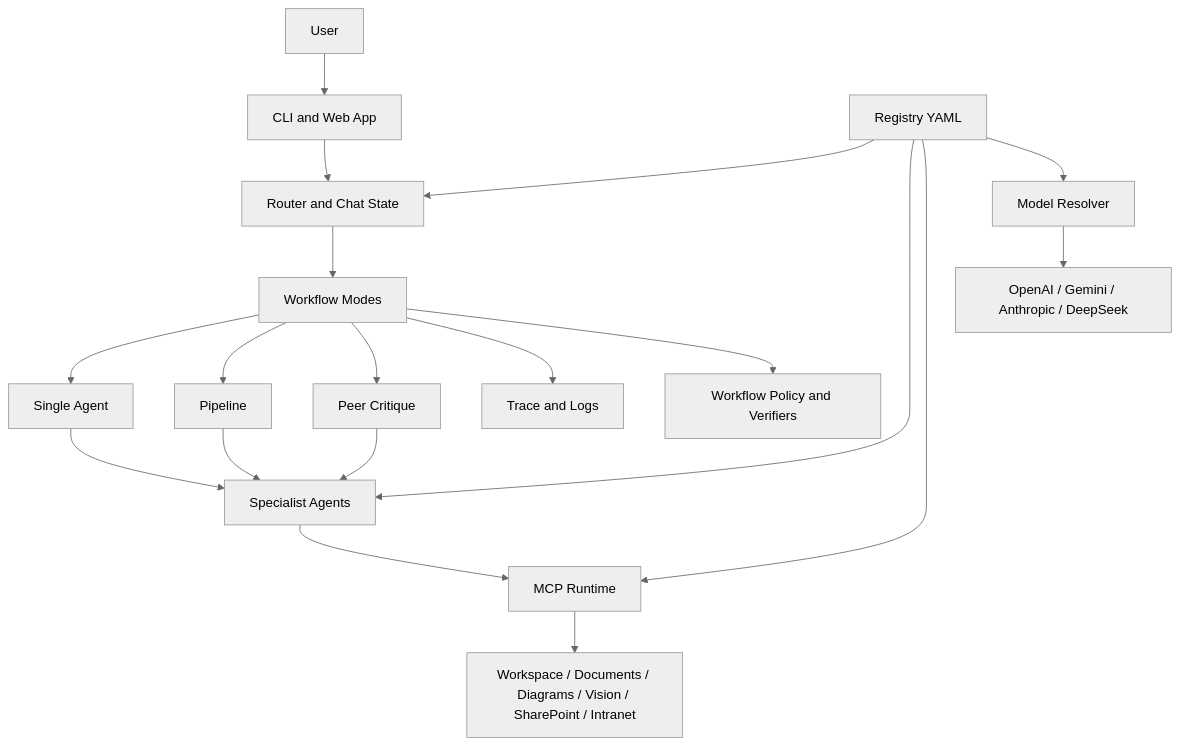
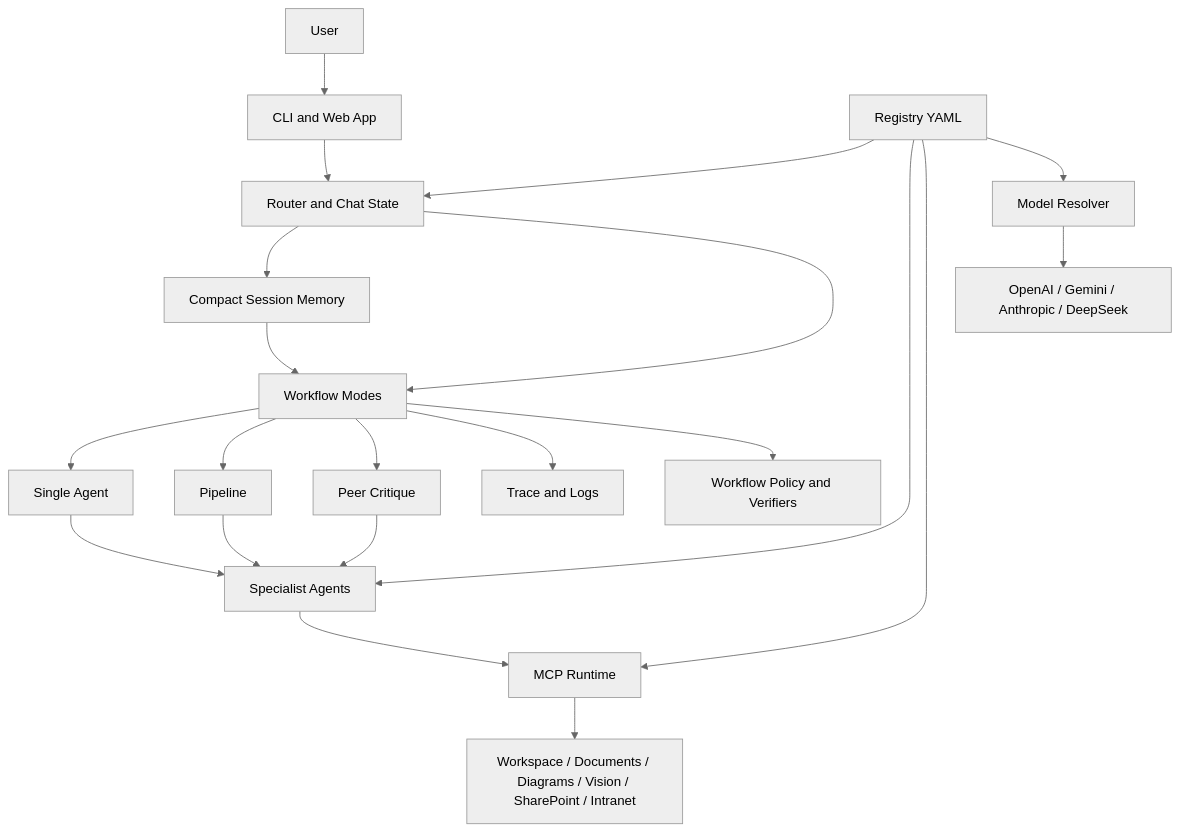
The first of 2 diagrams in README.md (crissdiamond/crisAI), drawn with Mermaid (neutral theme) before and after one commit. The commit also changed other lines of this file and 22 other files, not shown here.

Commit message:
feat(session): add compact task memory

````diff
--- a/README.md
+++ b/README.md
@@ -27,26 +28,28 @@
 ```mermaid
 flowchart TB
     User[User] --> Surfaces[CLI and Web App]
     Surfaces --> Router[Router and Chat State]
+    Router --> SessionMemory[Compact Session Memory]
     Router --> Workflows[Workflow Modes]
 
+    SessionMemory --> Workflows
     Workflows --> Single[Single Agent]
     Workflows --> Pipeline[Pipeline]
     Workflows --> Peer[Peer Critique]
 
     Single --> Agents[Specialist Agents]
     Pipeline --> Agents
     Peer --> Agents
 
     Registry[Registry YAML] --> Router
     Registry --> Agents
     Registry --> Runtime[MCP Runtime]
     Registry --> Models[Model Resolver]
 
     Agents --> Runtime
     Models --> Providers[OpenAI / Gemini / Anthropic / DeepSeek]
     Runtime --> Sources[Workspace / Documents / Diagrams / Vision / SharePoint / Intranet]
 
     Workflows --> Trace[Trace and Logs]
     Workflows --> Policy[Workflow Policy and Verifiers]
 ```
````
